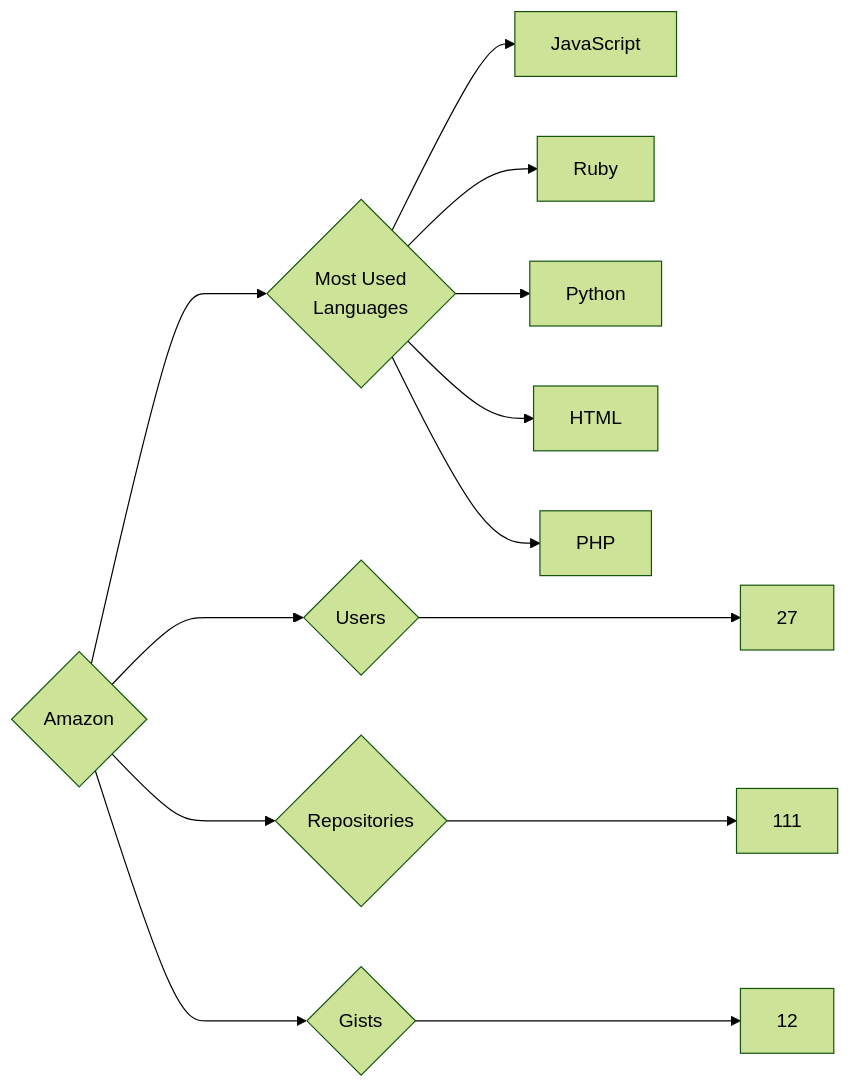
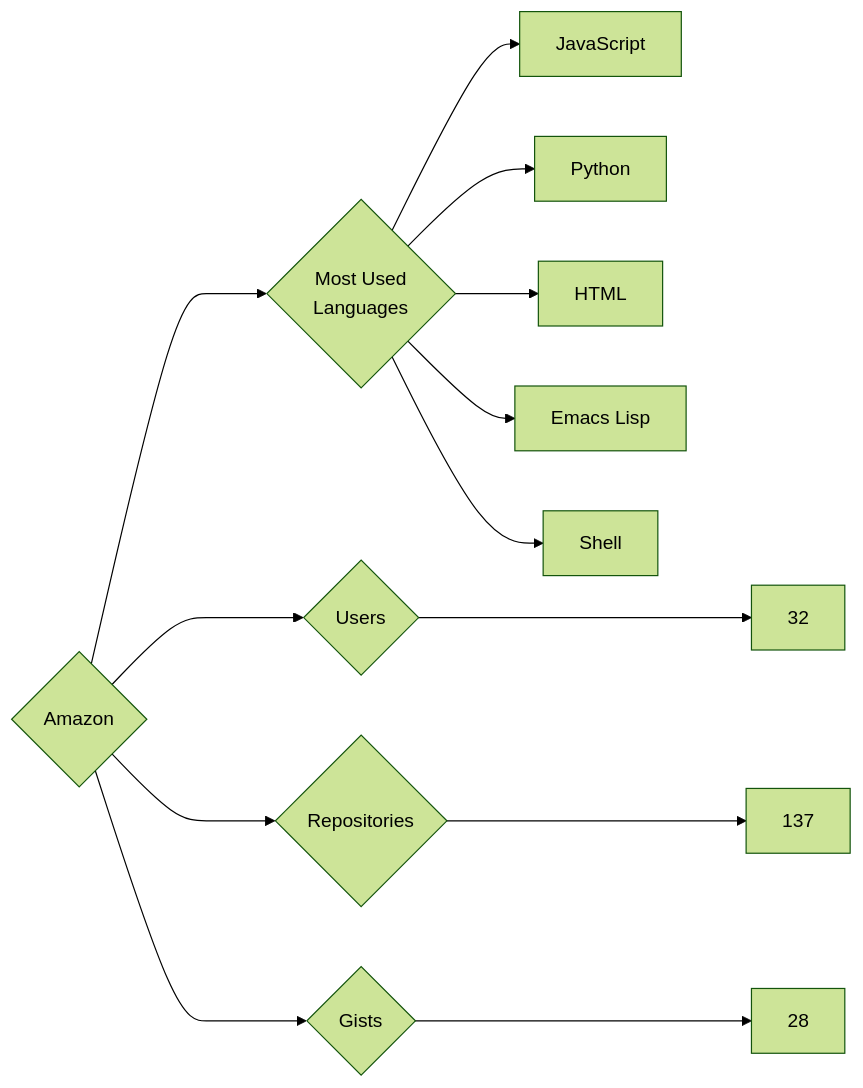
Before and after one commit to trickest/insiders: the diagram in targets/Amazon/README.md, drawn with Mermaid (forest theme). The commit also changed 895 other files, not shown here.

````diff
--- a/targets/Amazon/README.md
+++ b/targets/Amazon/README.md
@@ -3,13 +3,13 @@
 ```mermaid
 graph LR
 COMPANY_NAME{Amazon}
-COMPANY_NAME ---> U{Users} ---> UN[27]
-COMPANY_NAME ---> R{Repositories} ---> RN[111]
-COMPANY_NAME ---> G{Gists} ---> GN[12]
+COMPANY_NAME ---> U{Users} ---> UN[32]
+COMPANY_NAME ---> R{Repositories} ---> RN[137]
+COMPANY_NAME ---> G{Gists} ---> GN[28]
 COMPANY_NAME ---> ML{Most Used<br>Languages}
 ML --> JavaScript[JavaScript]
-ML --> Ruby[Ruby]
 ML --> Python[Python]
 ML --> HTML[HTML]
-ML --> PHP[PHP]
+ML --> Emacs_Lisp[Emacs Lisp]
+ML --> Shell[Shell]
 ```
````
